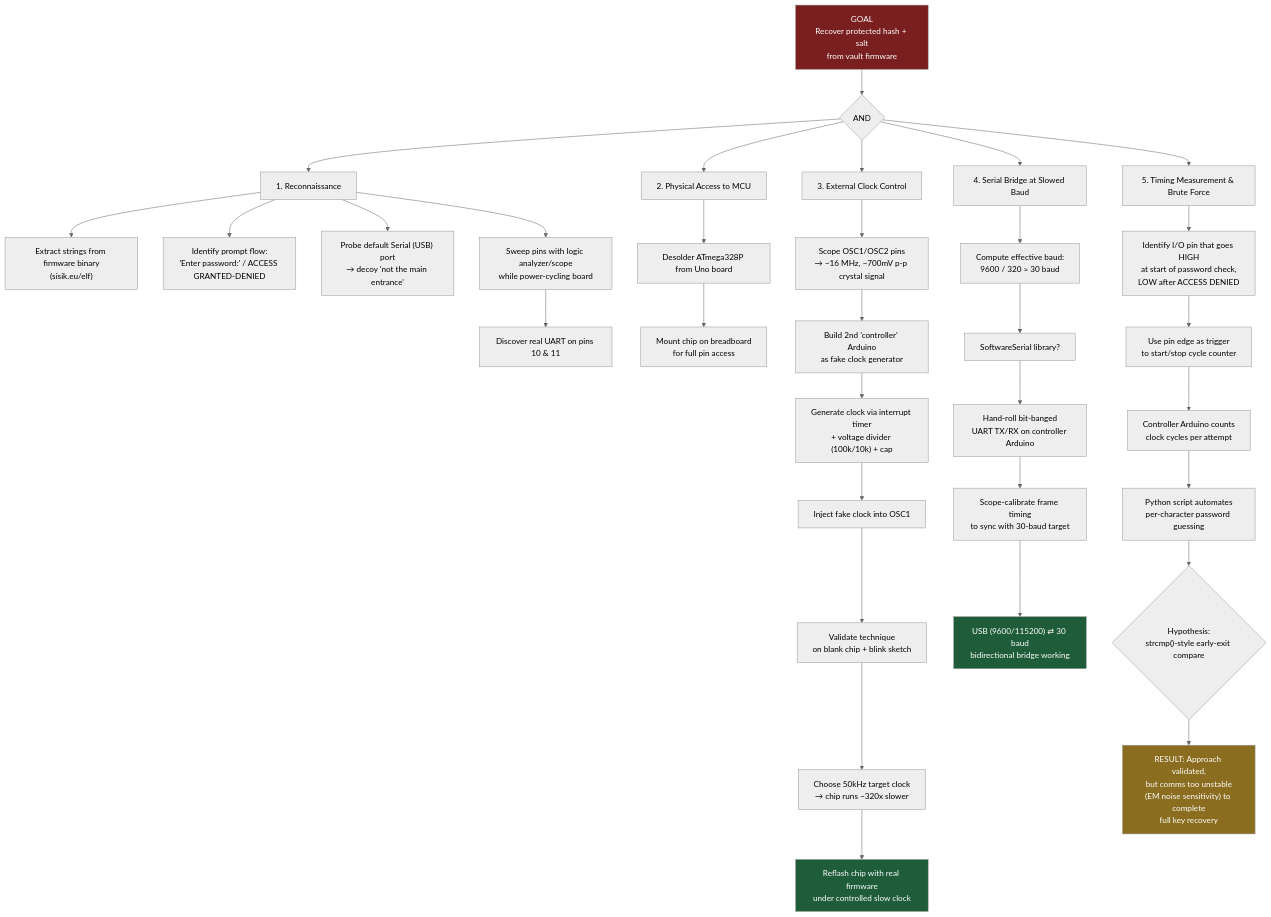
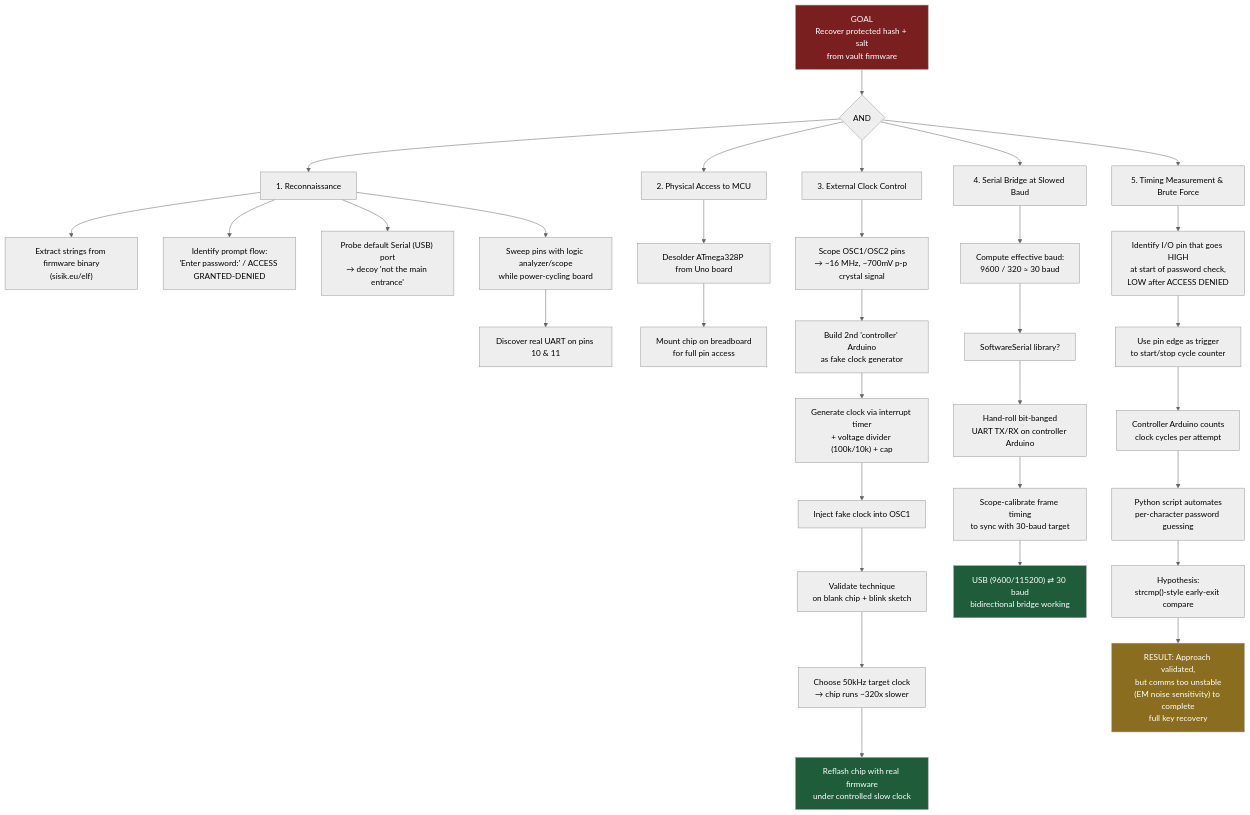
One commit to theSynth0s/Embedded-Security-Attack changed the first of 2 diagrams in README.md. Above: the diagram before and after it, drawn with Mermaid (neutral theme).

````diff
--- a/README.md
+++ b/README.md
@@ -16,52 +16,52 @@
 ```mermaid
 graph TD
     GOAL["GOAL<br/>Recover protected hash + salt<br/>from vault firmware"]
  
     GOAL --> AND0{"AND"}
  
     AND0 --> RECON["1. Reconnaissance"]
     AND0 --> PHYS["2. Physical Access to MCU"]
     AND0 --> CLOCK["3. External Clock Control"]
     AND0 --> BRIDGE["4. Serial Bridge at Slowed Baud"]
     AND0 --> MEAS["5. Timing Measurement & Brute Force"]
  
     %% 1. Recon
     RECON --> R1["Extract strings from firmware binary<br/>(sisik.eu/elf)"]
     RECON --> R2["Identify prompt flow:<br/>'Enter password:' / ACCESS GRANTED-DENIED"]
     RECON --> R3["Probe default Serial (USB) port<br/>→ decoy 'not the main entrance'"]
     RECON --> R4["Sweep pins with logic analyzer/scope<br/>while power-cycling board"]
     R4 --> R5["Discover real UART on pins 10 & 11"]
  
     %% 2. Physical access
     PHYS --> P1["Desolder ATmega328P from Uno board"]
     P1 --> P2["Mount chip on breadboard<br/>for full pin access"]
  
     %% 3. Clock control
     CLOCK --> C1["Scope OSC1/OSC2 pins<br/>→ ~16 MHz, ~700mV p-p crystal signal"]
     C1 --> C2["Build 2nd 'controller' Arduino<br/>as fake clock generator"]
     C2 --> C3["Generate clock via interrupt timer<br/>+ voltage divider (100k/10k) + cap"]
     C3 --> C4["Inject fake clock into OSC1"]
     C4 --> C5["Validate technique<br/>on blank chip + blink sketch"]
     C5 --> C6["Choose 50kHz target clock<br/>→ chip runs ~320x slower"]
     C6 --> CLOCKDONE["Reflash chip with real firmware<br/>under controlled slow clock"]
  
     %% 4. Bridge
     BRIDGE --> B1["Compute effective baud:<br/>9600 / 320 ≈ 30 baud"]
     B1 --> B2["SoftwareSerial library?"]
     B2 --> B3["Hand-roll bit-banged<br/>UART TX/RX on controller Arduino"]
     B3 --> B4["Scope-calibrate frame timing<br/>to sync with 30-baud target"]
     B4 --> BDONE["USB (9600/115200) ⇄ 30 baud<br/>bidirectional bridge working"]
  
     %% 5. Measurement
     MEAS --> M1["Identify I/O pin that goes HIGH<br/>at start of password check,<br/>LOW after ACCESS DENIED"]
     M1 --> M2["Use pin edge as trigger<br/>to start/stop cycle counter"]
     M2 --> M3["Controller Arduino counts<br/>clock cycles per attempt"]
     M3 --> M4["Python script automates<br/>per-character password guessing"]
-    M4 --> M5{"Hypothesis:<br/>strcmp()-style early-exit compare"}
+    M4 --> M5["Hypothesis:<br/>strcmp()-style early-exit compare"]
     M5 --> OUTCOME["RESULT: Approach validated,<br/>but comms too unstable<br/>(EM noise sensitivity) to complete<br/>full key recovery"]
  
     style GOAL fill:#7a1f1f,color:#fff
     style OUTCOME fill:#8a6d1f,color:#fff
     style CLOCKDONE fill:#1f5c3a,color:#fff
     style BDONE fill:#1f5c3a,color:#fff
 ```
````
